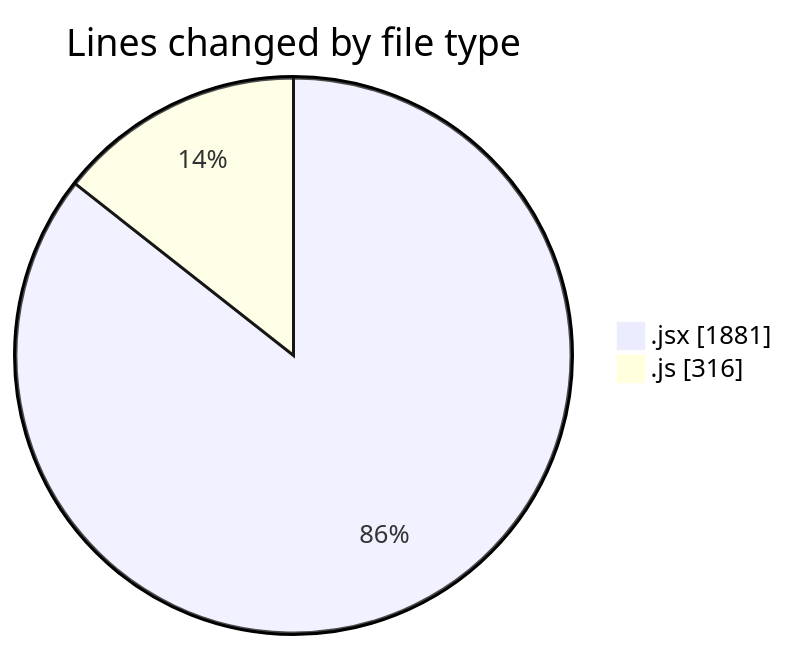
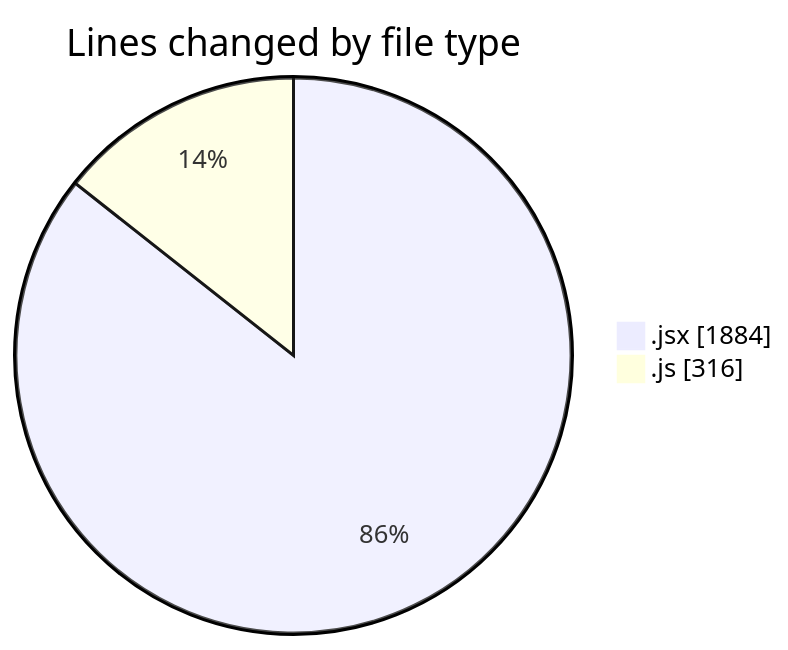
One commit to nxtqubesakshisongat/code-tracking changed the first of 2 diagrams in 2025-07-13/argos/README.md. Above: the diagram before and after it, drawn with Mermaid. The commit also changed other lines of this file and 1 other file, not shown here.

````diff
--- a/2025-07-13/argos/README.md
+++ b/2025-07-13/argos/README.md
@@ -21,6 +21,6 @@
 ```mermaid
 pie showData
 title Lines changed by file type
-".jsx" : 1881
+".jsx" : 1884
 ".js" : 316
 ```
````
